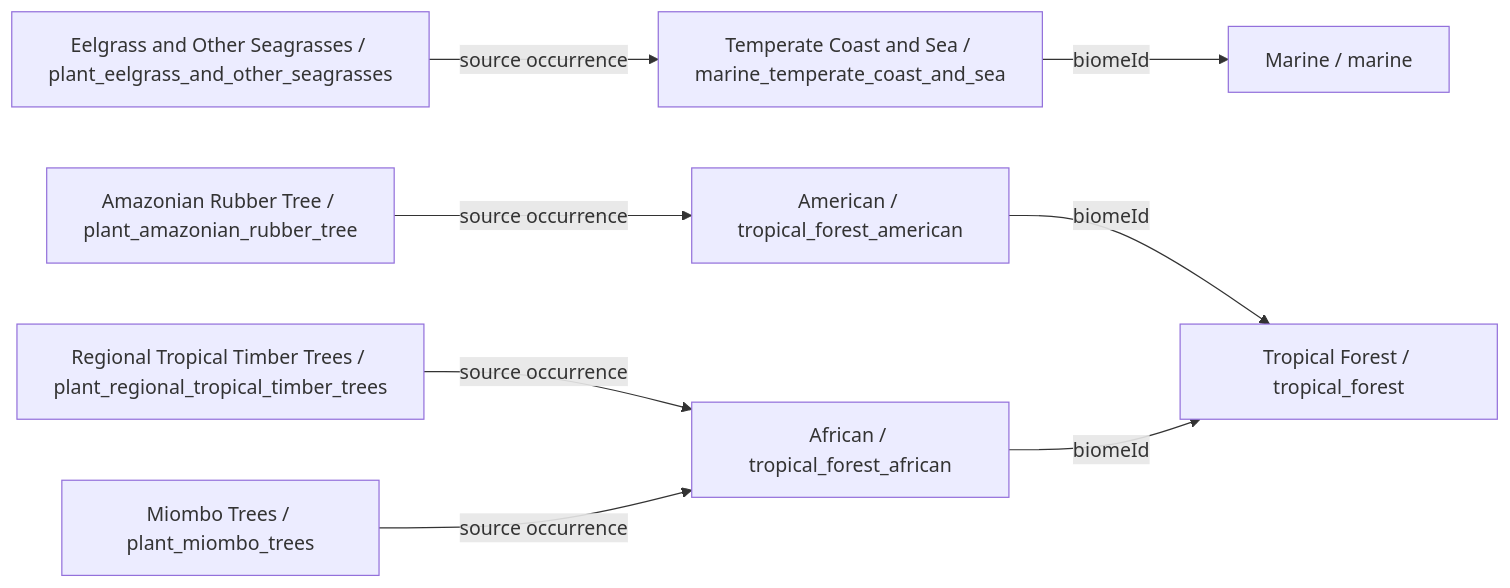
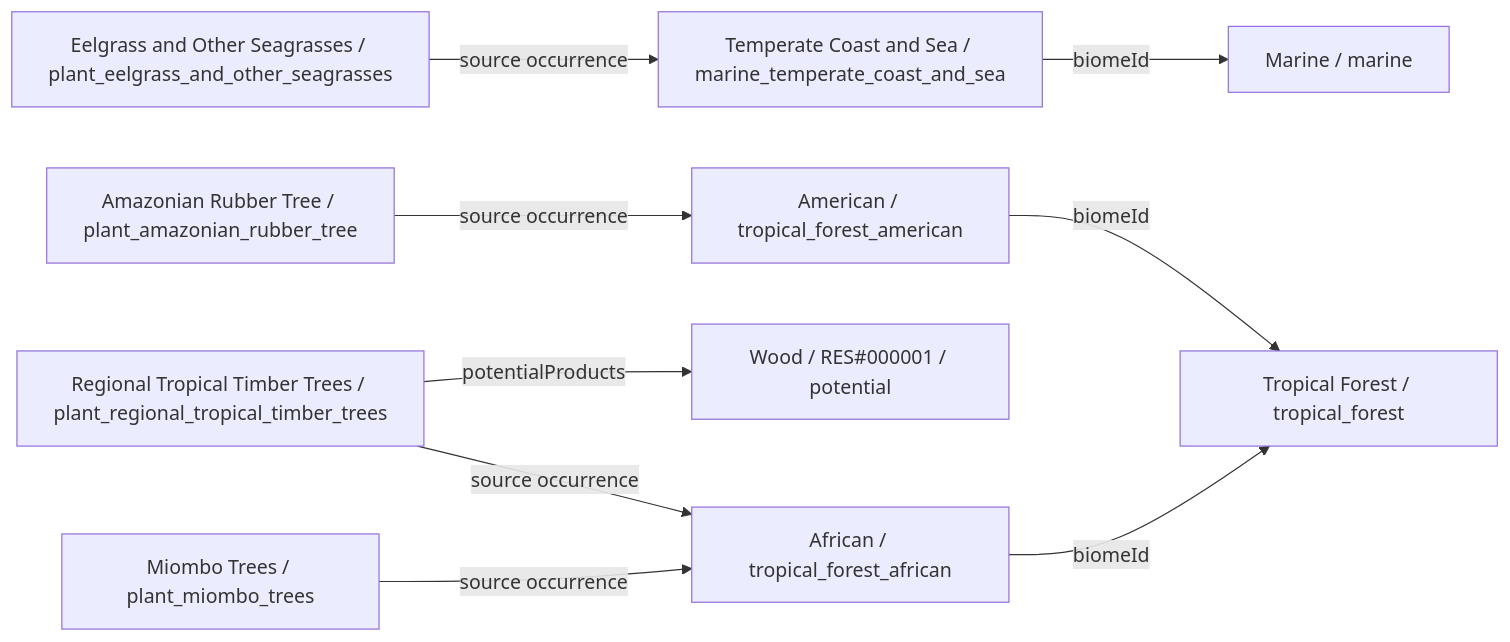
One commit to fgabo404/EvolveDoc changed diagram 32 of 39 in data/plants/DIAGRAMS.md. Above: the diagram before and after it, drawn with Mermaid. The commit also changed other lines of this file and 50 other files, not shown here.

````diff
--- a/data/plants/DIAGRAMS.md
+++ b/data/plants/DIAGRAMS.md
@@ -916,19 +954,21 @@
 ```mermaid
 flowchart LR
     c0["Eelgrass and Other Seagrasses / plant_eelgrass_and_other_seagrasses"]
     v20["Temperate Coast and Sea / marine_temperate_coast_and_sea"]
     b5["Marine / marine"]
     c1["Amazonian Rubber Tree / plant_amazonian_rubber_tree"]
     v0["American / tropical_forest_american"]
     b0["Tropical Forest / tropical_forest"]
     c2["Regional Tropical Timber Trees / plant_regional_tropical_timber_trees"]
     v1["African / tropical_forest_african"]
+    o2_0["Wood / RES#000001 / potential"]
     c3["Miombo Trees / plant_miombo_trees"]
     c0 -->|source occurrence| v20
     c1 -->|source occurrence| v0
+    c2 -->|potentialProducts| o2_0
     c2 -->|source occurrence| v1
     c3 -->|source occurrence| v1
     v0 -->|biomeId| b0
     v1 -->|biomeId| b0
     v20 -->|biomeId| b5
 ```
````
